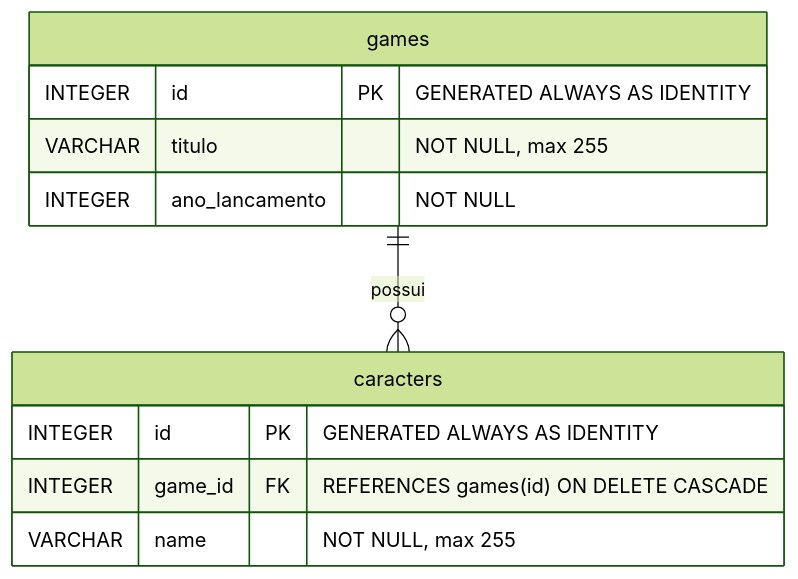
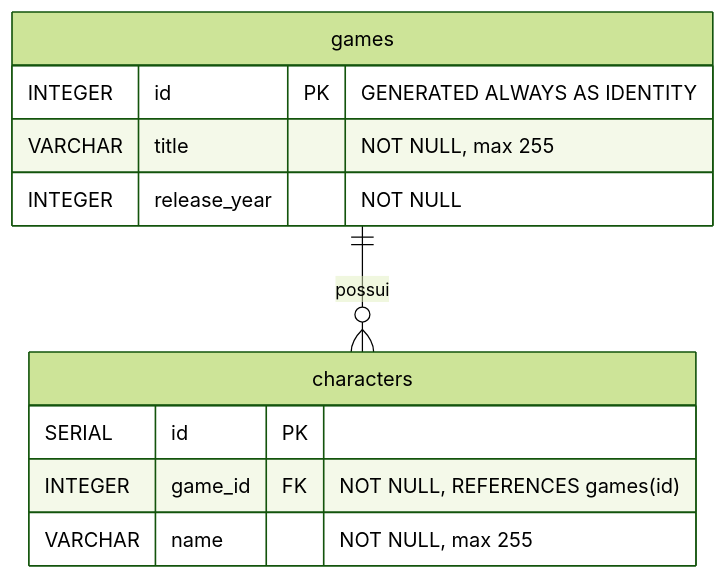
Before and after one commit to Daniel-Dos/ff-codex: the seventh of 7 diagrams in README.md, drawn with Mermaid (forest theme). The commit also changed other lines of this file and 11 other files, not shown here.

````diff
--- a/README.md
+++ b/README.md
@@ -525,16 +695,16 @@
 ```mermaid
 erDiagram
     games {
         INTEGER id PK "GENERATED ALWAYS AS IDENTITY"
-        VARCHAR titulo "NOT NULL, max 255"
-        INTEGER ano_lancamento "NOT NULL"
+        VARCHAR title "NOT NULL, max 255"
+        INTEGER release_year "NOT NULL"
     }
 
-    caracters {
-        INTEGER id PK "GENERATED ALWAYS AS IDENTITY"
-        INTEGER game_id FK "REFERENCES games(id) ON DELETE CASCADE"
+    characters {
+        SERIAL id PK
+        INTEGER game_id FK "NOT NULL, REFERENCES games(id)"
         VARCHAR name "NOT NULL, max 255"
     }
 
-    games ||--o{ caracters : "possui"
+    games ||--o{ characters : "possui"
 ```
````
